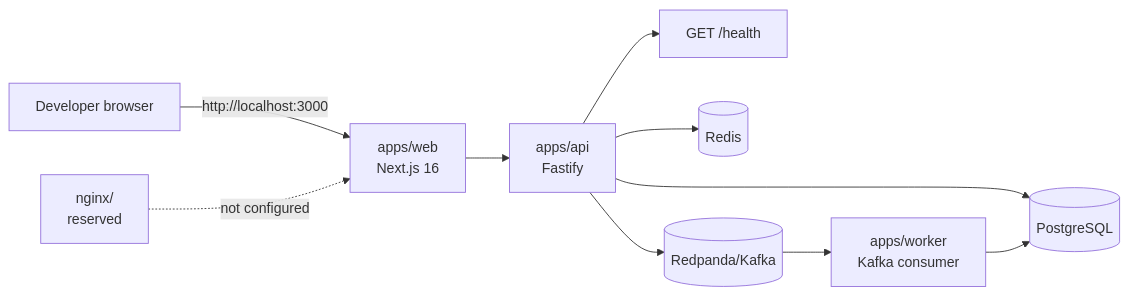
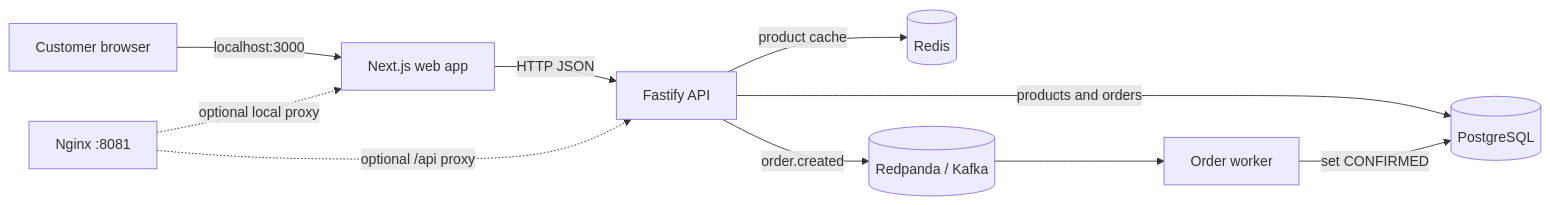
Before and after one commit to hunterdalmia01/commerce-lab-poc: the diagram in NOTES.md, drawn with Mermaid. The commit also changed other lines of this file and 1 other file, not shown here.

````diff
--- a/NOTES.md
+++ b/NOTES.md
@@ -41,12 +54,12 @@
 ```mermaid
 flowchart LR
-	Browser[Developer browser] -->|http://localhost:3000| Web[apps/web\nNext.js 16]
-	Web --> API[apps/api\nFastify]
-	API --> Health[GET /health]
-	API --> DB[(PostgreSQL)]
-	API --> Cache[(Redis)]
-	API --> Events[(Redpanda/Kafka)]
-	Events --> Worker[apps/worker\nKafka consumer]
-	Worker --> DB
-	Nginx[nginx/\nreserved] -. not configured .-> Web
+    Browser[Customer browser] -->|localhost:3000| Web[Next.js web app]
+    Web -->|HTTP JSON| API[Fastify API]
+    API -->|products and orders| DB[(PostgreSQL)]
+    API -->|product cache| Redis[(Redis)]
+    API -->|order.created| Events[(Redpanda / Kafka)]
+    Events --> Worker[Order worker]
+    Worker -->|set CONFIRMED| DB
+    Nginx[Nginx :8081] -. optional local proxy .-> Web
+    Nginx -. optional /api proxy .-> API
 ```
````
